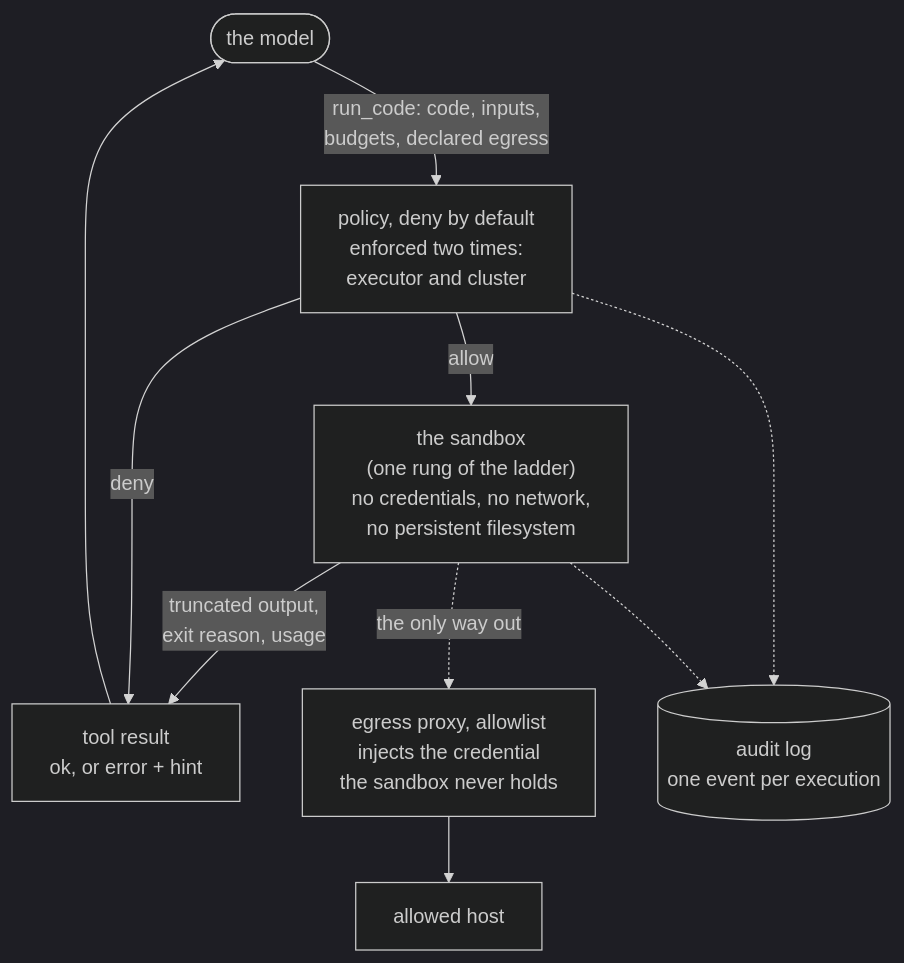
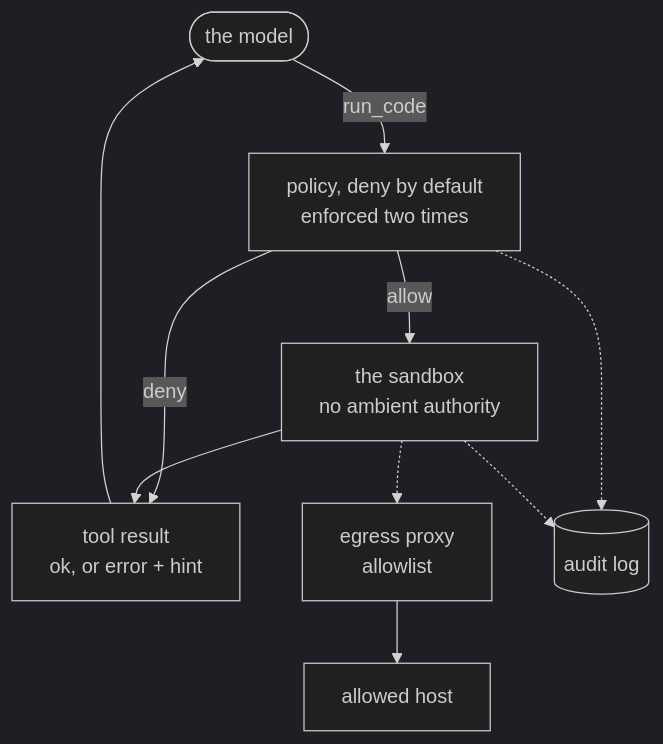
The first of 4 diagrams in 07-application-agent-framework/sandboxed-execution/PRIMER.md (aniryou/full-stack-agentic-engineer), drawn with Mermaid (dark theme) before and after one commit. The commit also changed other lines of this file and 633 other files, not shown here.

First line of the commit message:
Accessible language and one-screen figures, part 1: every figure fits a screen, the STE second pass over the layers (#53)

````diff
--- a/07-application-agent-framework/sandboxed-execution/PRIMER.md
+++ b/07-application-agent-framework/sandboxed-execution/PRIMER.md
@@ -24,12 +24,12 @@
 ```mermaid
 flowchart TB
-  M([the model]) -->|"run_code: code, inputs,<br/>budgets, declared egress"| P["policy, deny by default<br/>enforced two times:<br/>executor and cluster"]
-  P -->|allow| S["the sandbox<br/>(one rung of the ladder)<br/>no credentials, no network,<br/>no persistent filesystem"]
-  S -->|"truncated output,<br/>exit reason, usage"| R["tool result<br/>ok, or error + hint"]
-  P -->|deny| R
+  M([the model]) -->|run_code| P["policy, deny by default<br/>enforced two times"]
+  P -->|allow| S["the sandbox<br/>no ambient authority"]
+  P -->|deny| R["tool result<br/>ok, or error + hint"]
+  S --> R
   R --> M
-  S -.->|"the only way out"| X["egress proxy, allowlist<br/>injects the credential<br/>the sandbox never holds"]
+  S -.-> X["egress proxy<br/>allowlist"]
   X --> H[allowed host]
-  P -.-> A[("audit log<br/>one event per execution")]
+  P -.-> A[("audit log")]
   S -.-> A
 ```
````
